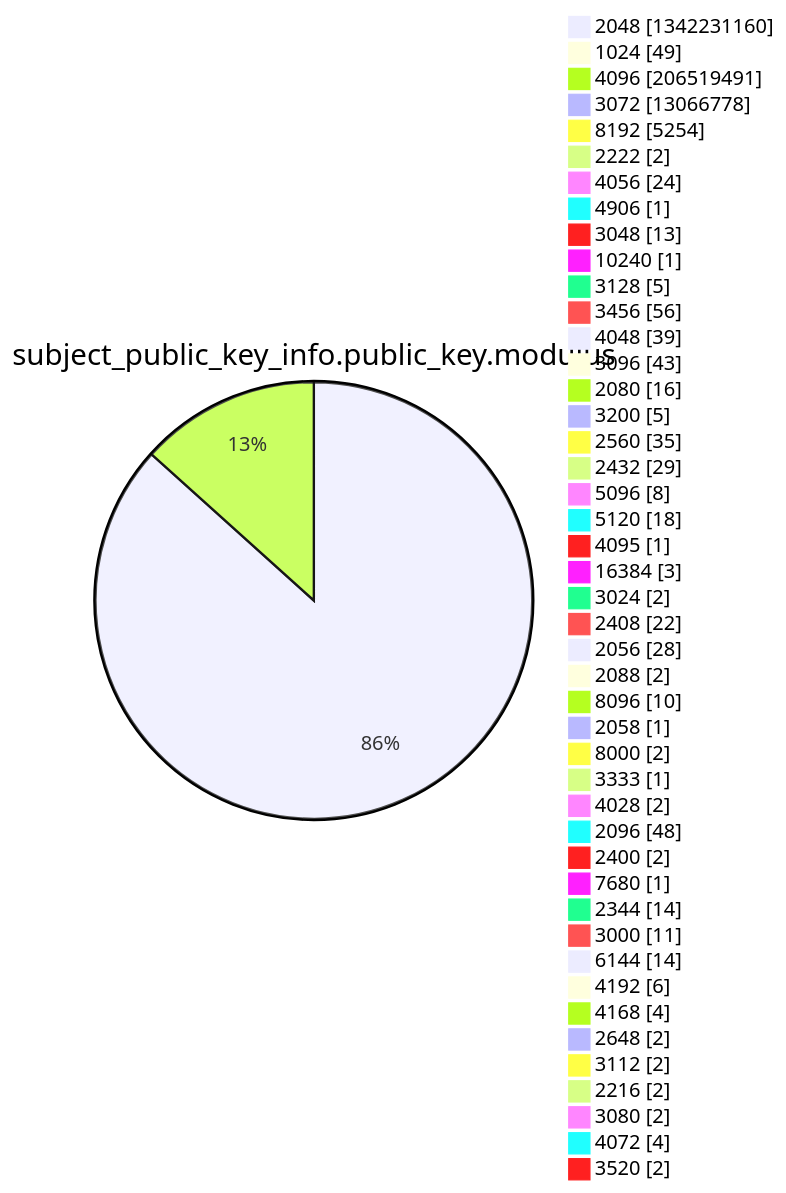
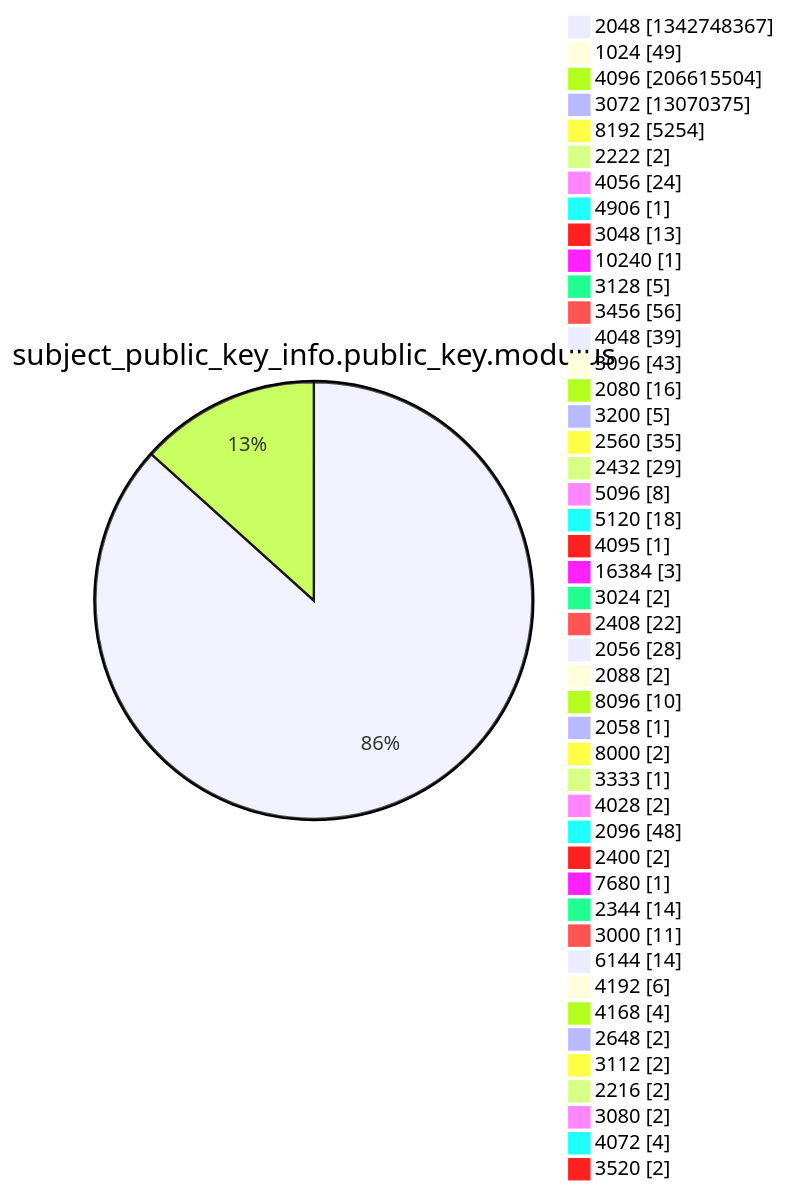
One commit to christiankrug/ctmonitor_visualization changed diagram 13 of 15 in xenon2022/README.md. Above: the diagram before and after it, drawn with Mermaid. The commit also changed other lines of this file, not shown here.

````diff
--- a/xenon2022/README.md
+++ b/xenon2022/README.md
@@ -3927,49 +3927,49 @@
 ```mermaid
 pie showData
 title subject_public_key_info.public_key.modulus
-"2048" :1342231160
+"2048" :1342748367
 "1024" :49
-"4096" :206519491
-"3072" :13066778
+"4096" :206615504
+"3072" :13070375
 "8192" :5254
 "2222" :2
 "4056" :24
 "4906" :1
 "3048" :13
 "10240" :1
 "3128" :5
 "3456" :56
 "4048" :39
 "3096" :43
 "2080" :16
 "3200" :5
 "2560" :35
 "2432" :29
 "5096" :8
 "5120" :18
 "4095" :1
 "16384" :3
 "3024" :2
 "2408" :22
 "2056" :28
 "2088" :2
 "8096" :10
 "2058" :1
 "8000" :2
 "3333" :1
 "4028" :2
 "2096" :48
 "2400" :2
 "7680" :1
 "2344" :14
 "3000" :11
 "6144" :14
 "4192" :6
 "4168" :4
 "2648" :2
 "3112" :2
 "2216" :2
 "3080" :2
 "4072" :4
 "3520" :2
 ```
````
